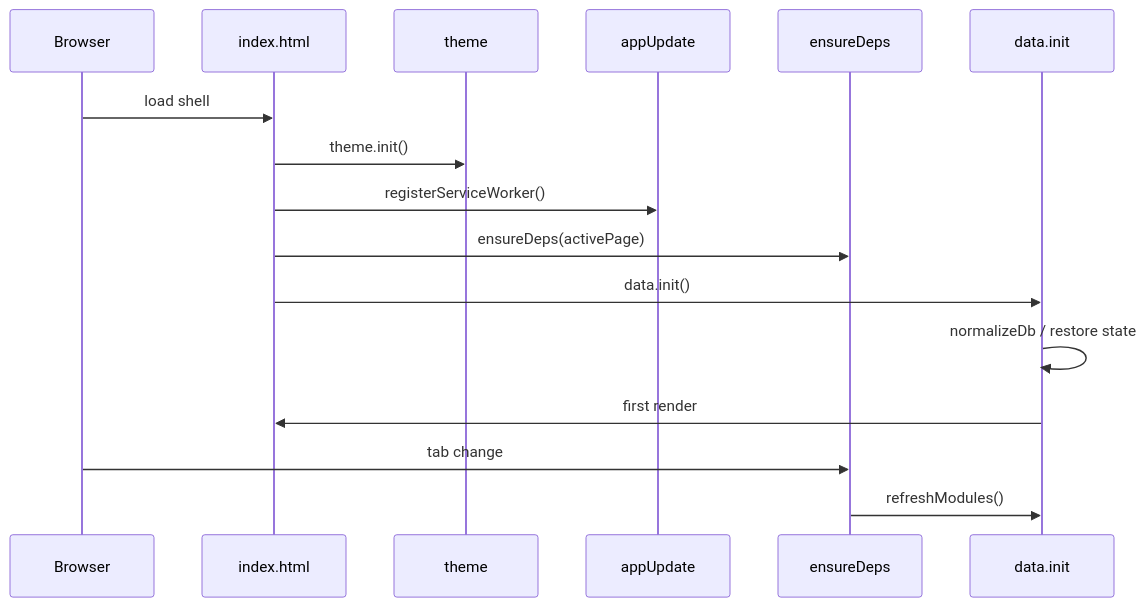
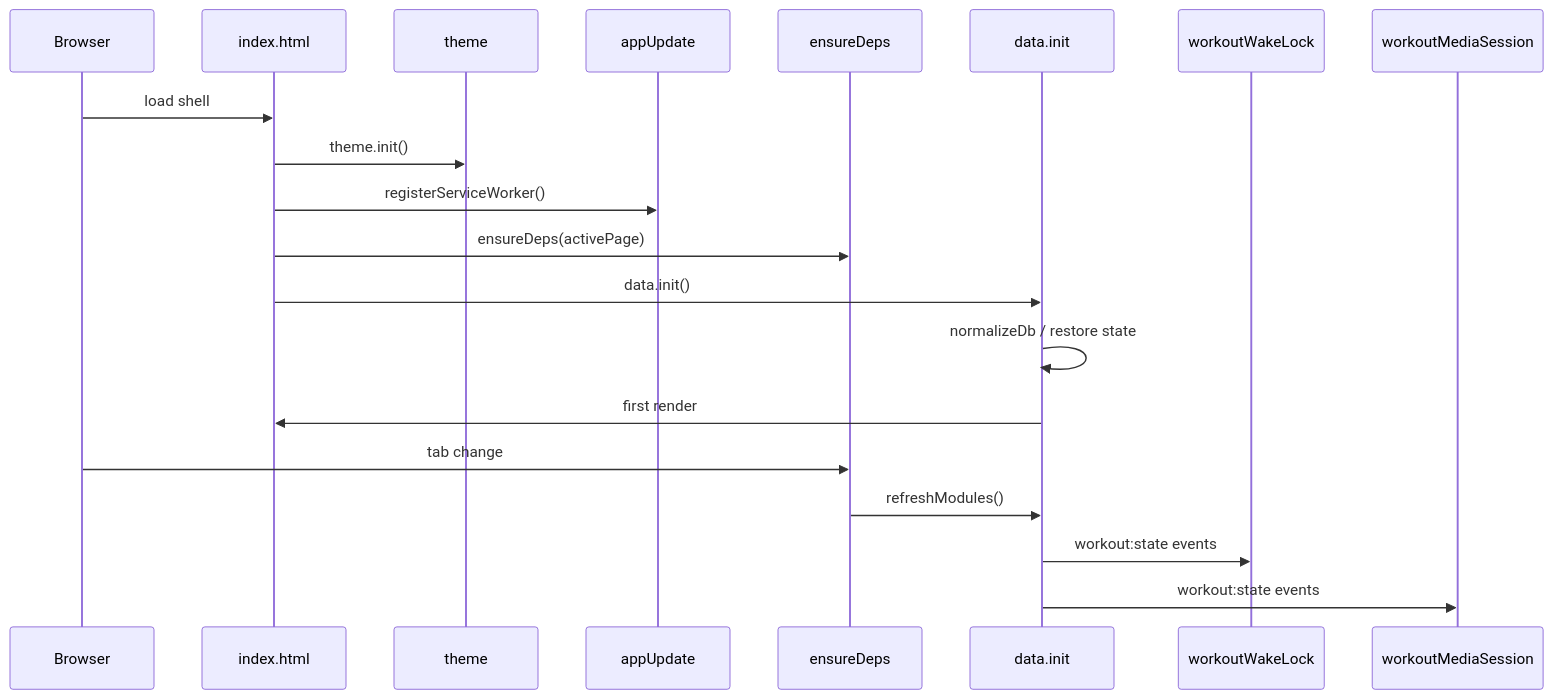
One commit to onestao/rehab changed the first of 3 diagrams in ARCHITECTURE.md. Above: the diagram before and after it, drawn with Mermaid. The commit also changed other lines of this file and 17 other files, not shown here.

First line of the commit message:
feat(p2): wake lock, media session and sync resilience

````diff
--- a/ARCHITECTURE.md
+++ b/ARCHITECTURE.md
@@ -24,19 +24,23 @@
 ```mermaid
 sequenceDiagram
     participant Browser
     participant HTML as index.html
     participant Theme as theme
     participant SW as appUpdate
     participant Lazy as ensureDeps
     participant Data as data.init
+    participant WL as workoutWakeLock
+    participant MS as workoutMediaSession
 
     Browser->>HTML: load shell
     HTML->>Theme: theme.init()
     HTML->>SW: registerServiceWorker()
     HTML->>Lazy: ensureDeps(activePage)
     HTML->>Data: data.init()
     Data->>Data: normalizeDb / restore state
     Data->>HTML: first render
     Browser->>Lazy: tab change
     Lazy->>Data: refreshModules()
+    Data->>WL: workout:state events
+    Data->>MS: workout:state events
 ```
````
